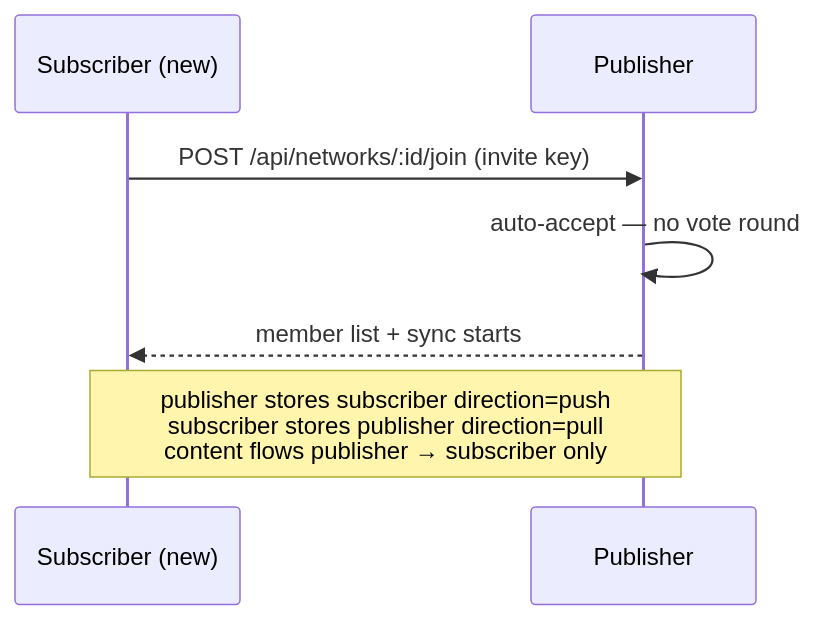
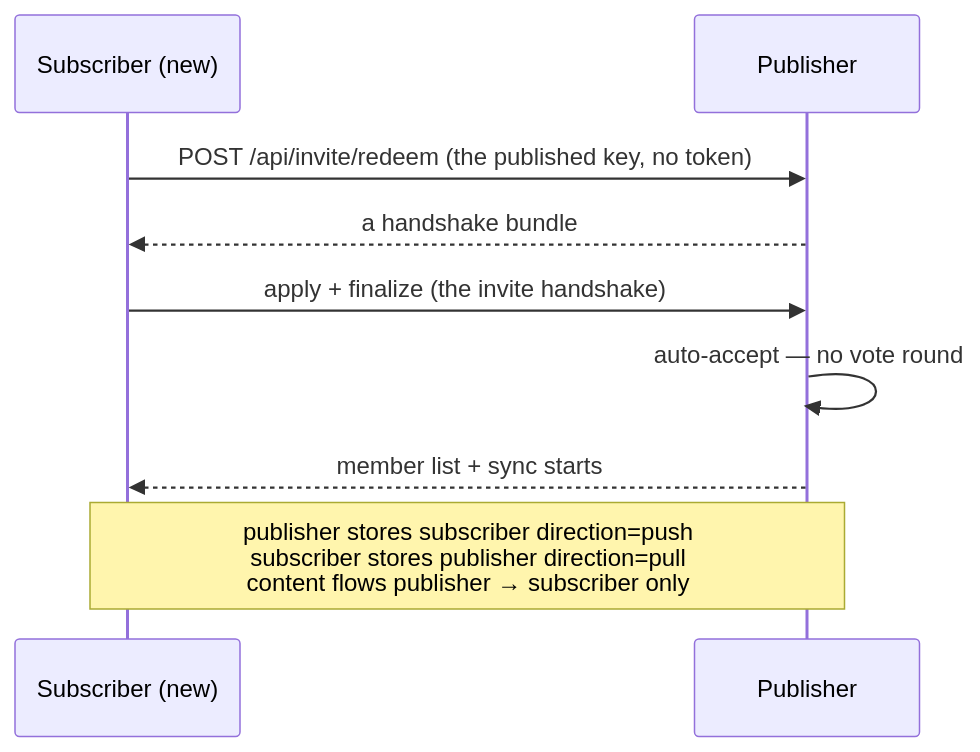
Before and after one commit to ythril-network/Ythril: diagram 11 of 17 in docs/network-types.md, drawn with Mermaid. The commit also changed other lines of this file and 21 other files, not shown here.

First line of the commit message:
feat(networks): join a pub/sub by pasting its published key (F-41)

````diff
--- a/docs/network-types.md
+++ b/docs/network-types.md
@@ -251,10 +251,12 @@
 ```mermaid
 sequenceDiagram
     participant S as Subscriber (new)
     participant P as Publisher
 
-    S->>P: POST /api/networks/:id/join (invite key)
+    S->>P: POST /api/invite/redeem (the published key, no token)
+    P-->>S: a handshake bundle
+    S->>P: apply + finalize (the invite handshake)
     P->>P: auto-accept — no vote round
     P-->>S: member list + sync starts
     Note over P,S: publisher stores subscriber direction=push<br/>subscriber stores publisher direction=pull<br/>content flows publisher → subscriber only
 ```
````
